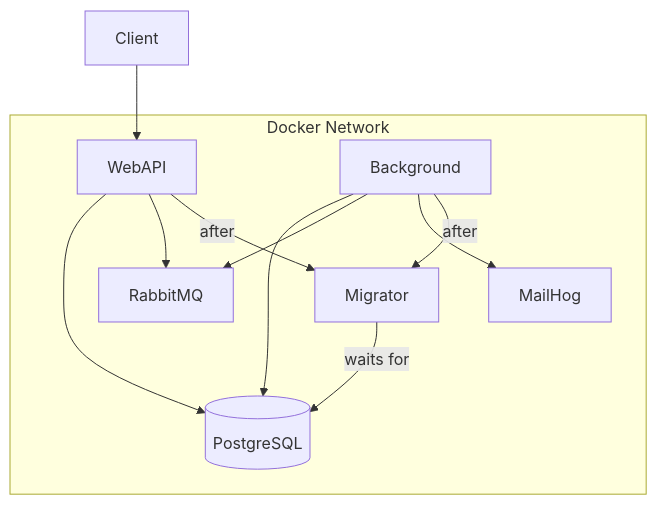
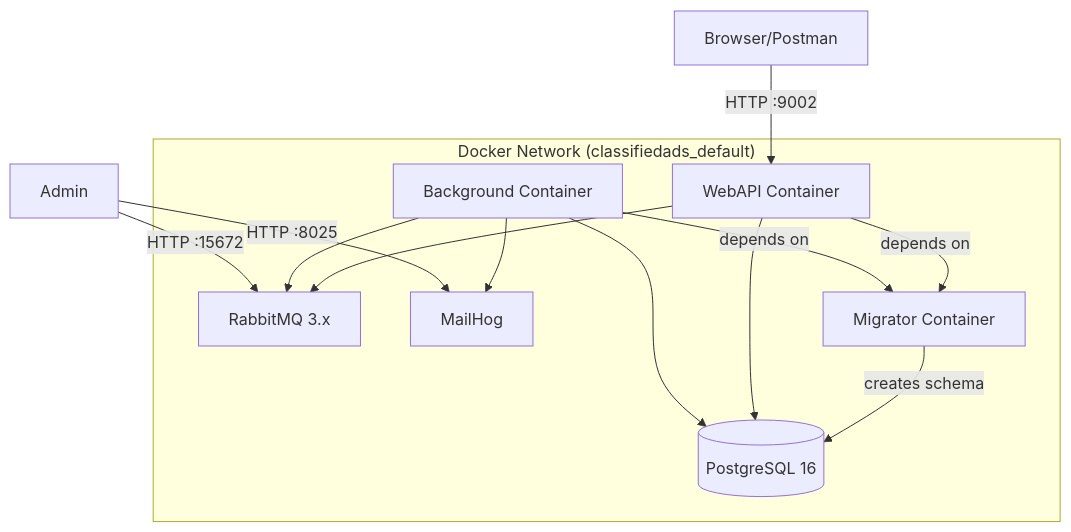
The first of 4 diagrams in docs-architecture/10-devops-and-local-development.md (tinse-22/GSP26SE43.ModularMonolith), drawn with Mermaid before and after one commit. The commit also changed other lines of this file and 4 other files, not shown here.

````diff
--- a/docs-architecture/10-devops-and-local-development.md
+++ b/docs-architecture/10-devops-and-local-development.md
@@ -59,21 +85,23 @@
 ```mermaid
 graph TB
-    subgraph "Docker Network"
-        db[(PostgreSQL)]
-        rabbitmq[RabbitMQ]
+    subgraph "Docker Network (classifiedads_default)"
+        db[(PostgreSQL 16)]
+        rabbitmq[RabbitMQ 3.x]
         mailhog[MailHog]
         
-        migrator[Migrator] -->|waits for| db
+        migrator[Migrator Container] -->|creates schema| db
         
-        webapi[WebAPI] --> db
+        webapi[WebAPI Container] --> db
         webapi --> rabbitmq
-        webapi -->|after| migrator
+        webapi -->|depends on| migrator
         
-        background[Background] --> db
+        background[Background Container] --> db
         background --> rabbitmq
         background --> mailhog
-        background -->|after| migrator
+        background -->|depends on| migrator
     end
     
-    Client[Client] --> webapi
+    Client[Browser/Postman] -->|HTTP :9002| webapi
+    Admin[Admin] -->|HTTP :15672| rabbitmq
+    Admin -->|HTTP :8025| mailhog
 ```
````
